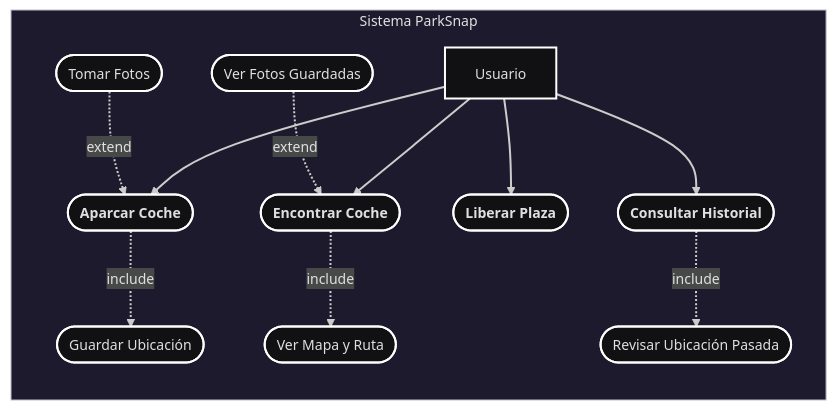
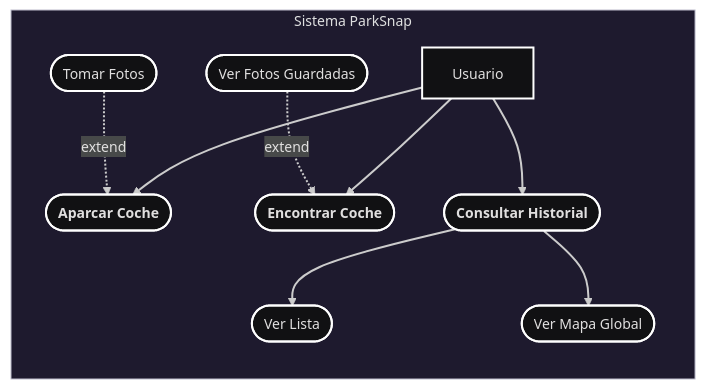
Before and after one commit to ncondeviladev/ParkSnap: the first of 2 diagrams in docs/memoria_proyecto.md, drawn with Mermaid. The commit also changed other lines of this file and 60 other files, not shown here.

````diff
--- a/docs/memoria_proyecto.md
+++ b/docs/memoria_proyecto.md
@@ -68,45 +71,39 @@
 ```mermaid
 graph TD
     %%{init: {'theme': 'redux-dark'}}%%
 
     User["Usuario"]
 
     subgraph Sistema_ParkSnap [Sistema ParkSnap]
         direction TB
 
-        %% --- Casos de Uso Principales (Nivel 1) ---
+        %% --- Casos de Uso Principales ---
         UC_Aparcar(["<b>Aparcar Coche</b>"])
         UC_Encontrar(["<b>Encontrar Coche</b>"])
-        UC_Liberar(["<b>Liberar Plaza</b>"])
         UC_Historial(["<b>Consultar Historial</b>"])
 
-        %% --- Sub-Funciones / Detalles (Nivel 2) ---
-        Detail_Guardar(["Guardar Ubicación"])
-        Detail_Foto(["Tomar Fotos"])
+        %% --- Extensiones y Opciones ---
+        Opt_FotosAparcar(["Tomar Fotos"])
+        Opt_VerFotos(["Ver Fotos Guardadas"])
 
-        Detail_Mapa(["Ver Mapa y Ruta"])
-        Detail_VerFoto(["Ver Fotos Guardadas"])
+        %% --- Formas de Ver Historial ---
+        Opt_Lista(["Ver Lista"])
+        Opt_MapaGlobal(["Ver Mapa Global"])
 
-        Detail_Revisar(["Revisar Ubicación Pasada"])
-
-        %% --- Relaciones del Actor ---
+        %% --- Relaciones Usuario ---
         User --> UC_Aparcar
         User --> UC_Encontrar
-        User --> UC_Liberar
         User --> UC_Historial
 
-        %% --- Relaciones Técnicas (Standard UML) ---
+        %% --- Relaciones del Sistema ---
+        %% Aparcar solo tiene opción de fotos
+        Opt_FotosAparcar -.->|extend| UC_Aparcar
 
-        %% Aparcar: Siempre guarda ubicación (Include). Puede tener foto (Extend).
-        UC_Aparcar -.->|include| Detail_Guardar
-        Detail_Foto -.->|extend| UC_Aparcar
+        %% Encontrar solo tiene opción de ver fotos
+        Opt_VerFotos -.->|extend| UC_Encontrar
 
-        %% Encontrar: Siempre muestra mapa (Include). Puede ver fotos (Extend).
-        %% Nota: Liberar Plaza es accesible aquí pero es un CU propio del usuario.
-        UC_Encontrar -.->|include| Detail_Mapa
-        Detail_VerFoto -.->|extend| UC_Encontrar
-
-        %% Historial: Incluye ver el detalle
-        UC_Historial -.->|include| Detail_Revisar
+        %% Historial tiene dos formas de consulta
+        UC_Historial --> Opt_Lista
+        UC_Historial --> Opt_MapaGlobal
     end
 ```
````
